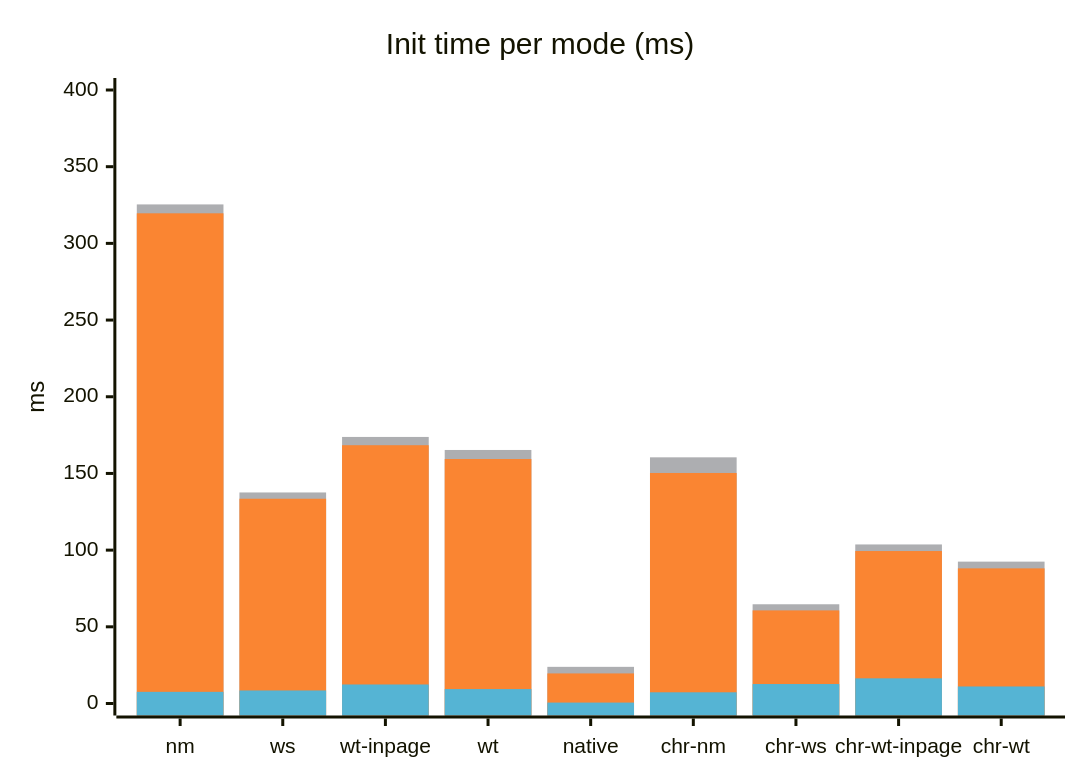
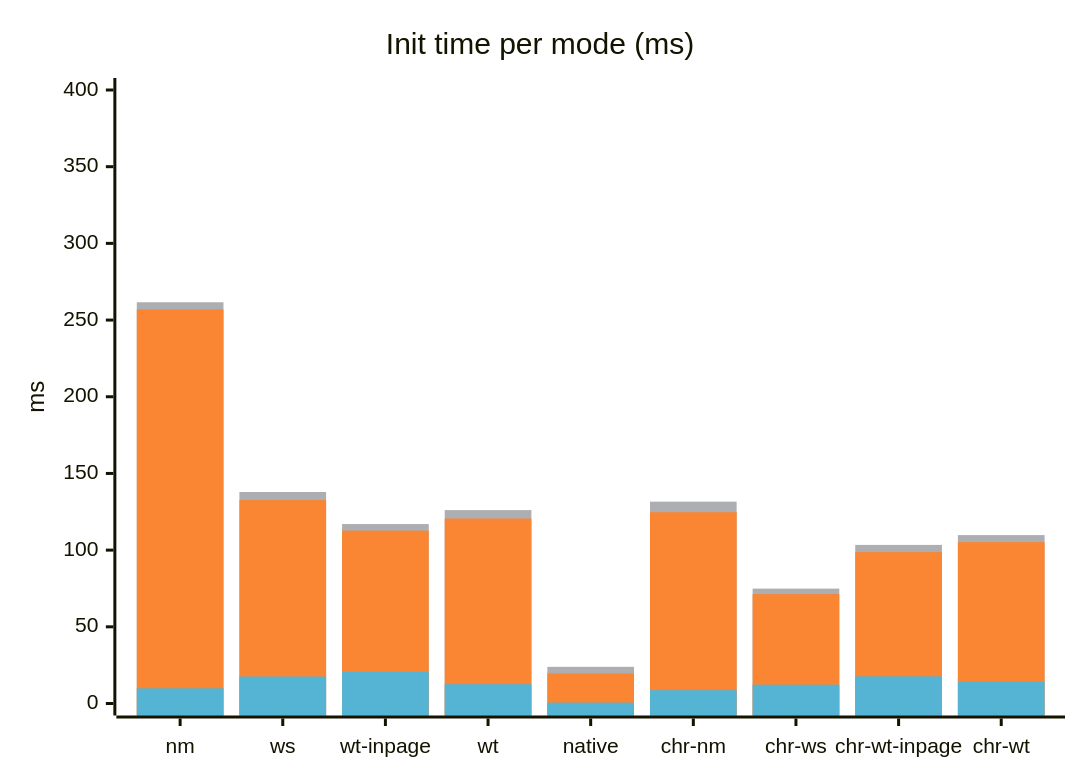
One commit to K4zoku/FF-WebHID changed the first of 6 diagrams in docs/BENCHMARK.md. Above: the diagram before and after it, drawn with Mermaid. The commit also changed other lines of this file, not shown here.

````diff
--- a/docs/BENCHMARK.md
+++ b/docs/BENCHMARK.md
@@ -136,15 +136,15 @@
 ```mermaid
 ---
 config:
   themeVariables:
     xyChart:
       plotColorPalette: '#ADAEB1, #fa8532, #55b4d4'
 ---
 xychart
     title "Init time per mode (ms)"
     x-axis [nm, ws, wt-inpage, wt, native, chr-nm, chr-ws, chr-wt-inpage, chr-wt]
     y-axis "ms" 0 --> 400
-    bar "total" [325.4, 137.6, 173.8, 165.3, 23.9, 160.5, 64.7, 103.7, 92.5]
-    bar "warmup" [319.6, 133.5, 168.4, 159.4, 19.6, 150.3, 60.7, 99.4, 88.1]
-    bar "open" [7.6, 8.5, 12.4, 9.4, 0.6, 7.3, 12.7, 16.4, 11.1]
+    bar "total" [261.6, 137.9, 117.0, 126.1, 23.9, 131.6, 74.9, 103.4, 109.8]
+    bar "warmup (open + warmup)" [256.9, 132.6, 112.7, 120.6, 19.6, 124.7, 71.3, 98.7, 105.2]
+    bar "open" [9.9, 17.6, 20.7, 12.6, 0.6, 8.7, 12.3, 17.7, 14.2]
 ```
````
